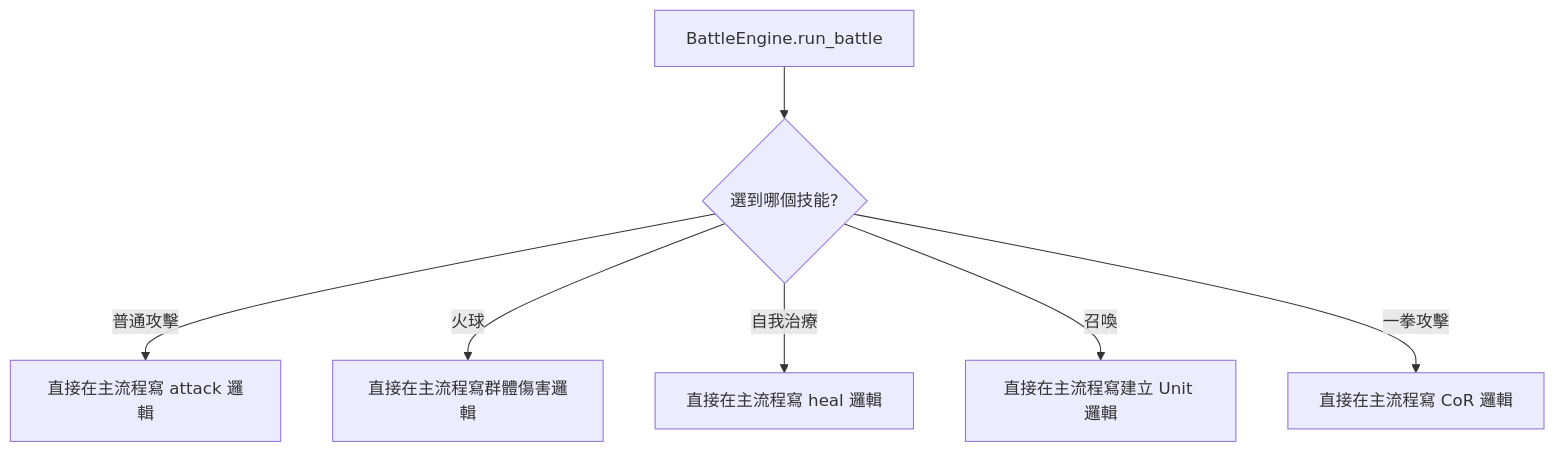
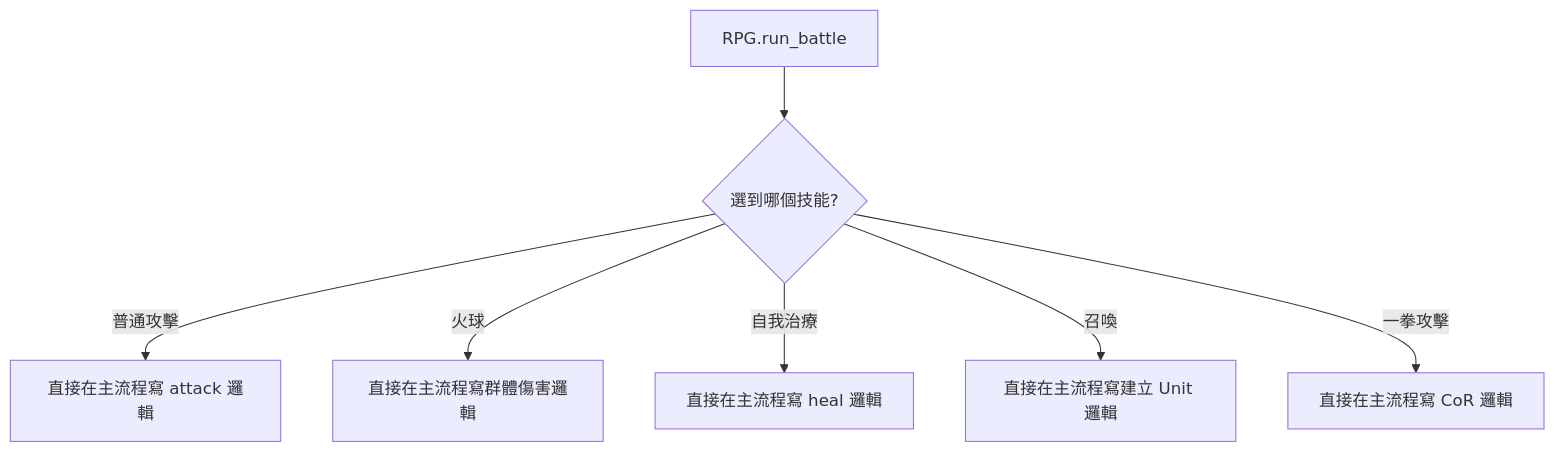
One commit to tanguitar8093/Software-Design-Pattern-HW changed the first of 3 diagrams in homework5_rpg/v3/docs/設計模式解析/指令模式.md. Above: the diagram before and after it, drawn with Mermaid. The commit also changed other lines of this file and 14 other files, not shown here.

````diff
--- a/homework5_rpg/v3/docs/設計模式解析/指令模式.md
+++ b/homework5_rpg/v3/docs/設計模式解析/指令模式.md
@@ -20,9 +20,9 @@
 ```mermaid
 flowchart TD
-    A[BattleEngine.run_battle] --> B{選到哪個技能?}
+    A[RPG.run_battle] --> B{選到哪個技能?}
     B -->|普通攻擊| C[直接在主流程寫 attack 邏輯]
     B -->|火球| D[直接在主流程寫群體傷害邏輯]
     B -->|自我治療| E[直接在主流程寫 heal 邏輯]
     B -->|召喚| F[直接在主流程寫建立 Unit 邏輯]
     B -->|一拳攻擊| G[直接在主流程寫 CoR 邏輯]
 ```
````
